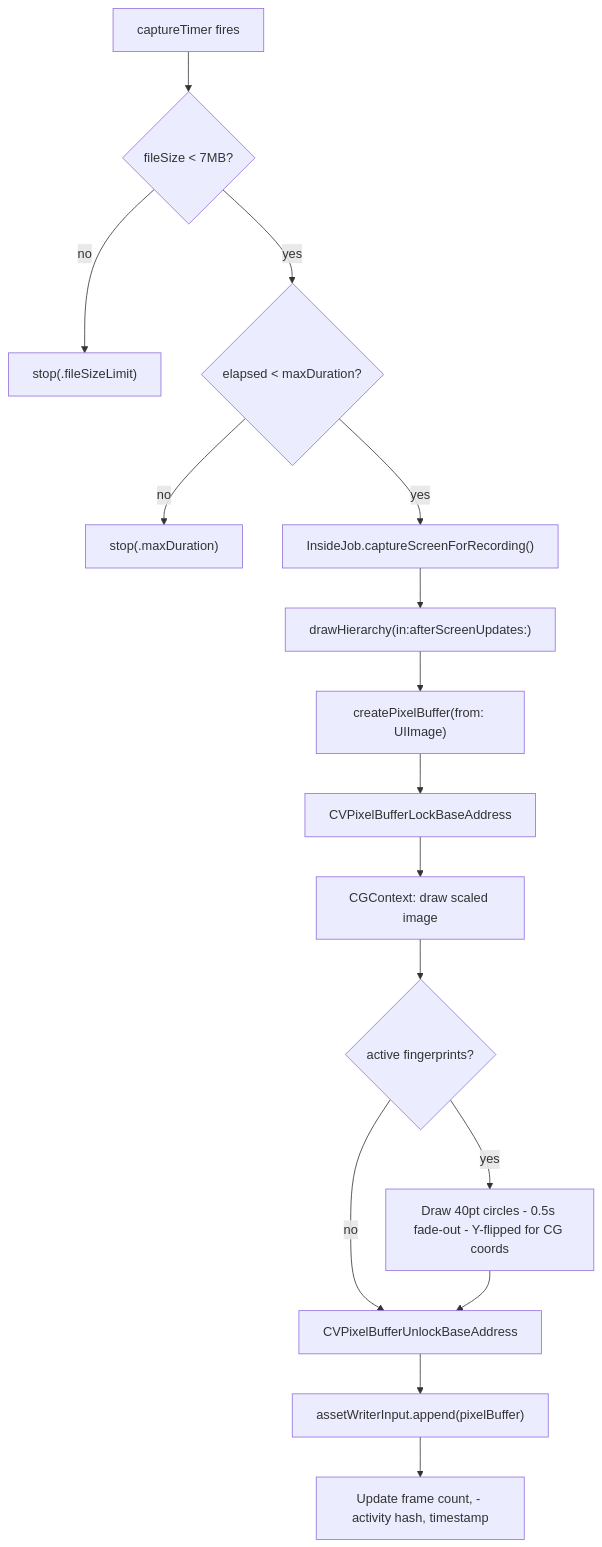
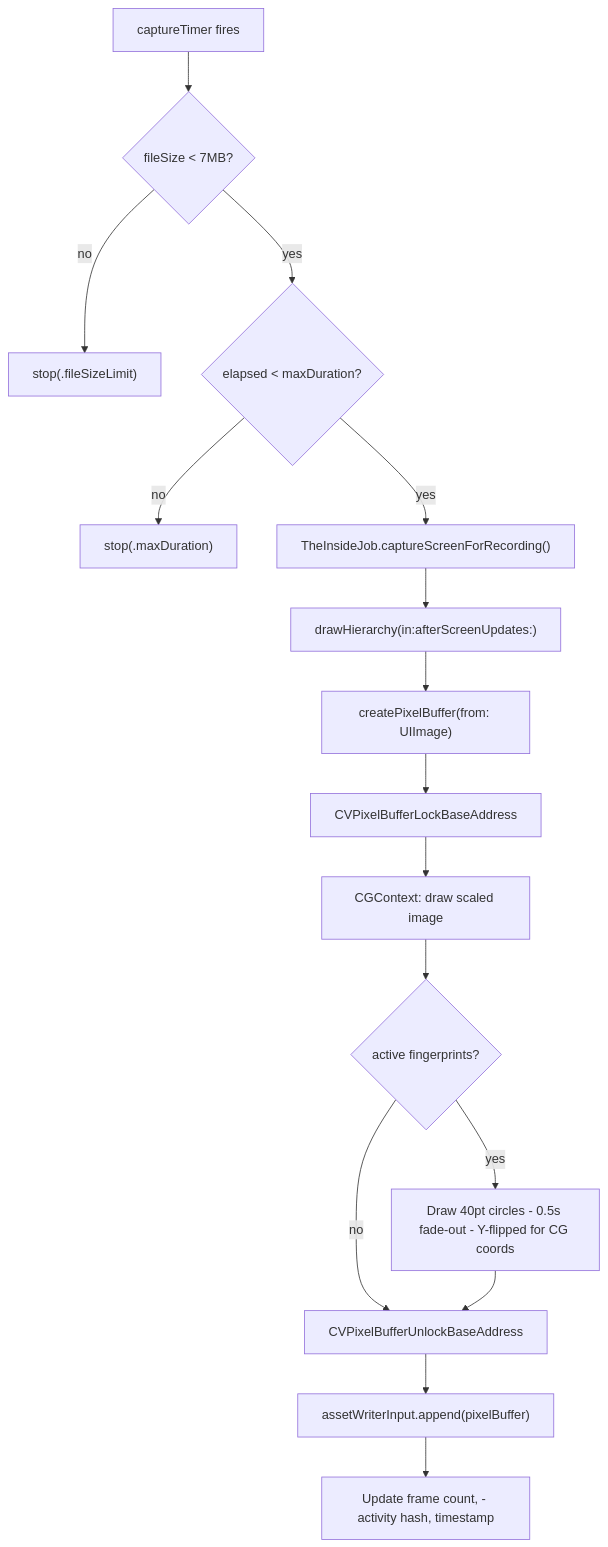
One commit to RoyalPineapple/TheButtonHeist changed the third of 4 diagrams in docs/dossiers/04-STAKEOUT.md. Above: the diagram before and after it, drawn with Mermaid. The commit also changed other lines of this file and 66 other files, not shown here.

Commit message:
Rename InsideJob to TheInsideJob (framework and class only)

````diff
--- a/docs/dossiers/04-STAKEOUT.md
+++ b/docs/dossiers/04-STAKEOUT.md
@@ -65,21 +65,21 @@
 ```mermaid
 flowchart TD
     Timer["captureTimer fires"] --> SizeGuard{"fileSize < 7MB?"}
     SizeGuard -->|no| StopSize["stop(.fileSizeLimit)"]
     SizeGuard -->|yes| DurGuard{"elapsed < maxDuration?"}
     DurGuard -->|no| StopDur["stop(.maxDuration)"]
-    DurGuard -->|yes| CaptureFrame["InsideJob.captureScreenForRecording()"]
+    DurGuard -->|yes| CaptureFrame["TheInsideJob.captureScreenForRecording()"]
 
     CaptureFrame --> DrawHierarchy["drawHierarchy(in:afterScreenUpdates:)"]
     DrawHierarchy --> CreatePB["createPixelBuffer(from: UIImage)"]
 
     CreatePB --> LockPB["CVPixelBufferLockBaseAddress"]
     LockPB --> DrawImage["CGContext: draw scaled image"]
     DrawImage --> DrawFP{"active fingerprints?"}
     DrawFP -->|yes| CompositeCircles["Draw 40pt circles - 0.5s fade-out - Y-flipped for CG coords"]
     DrawFP -->|no| UnlockPB["CVPixelBufferUnlockBaseAddress"]
     CompositeCircles --> UnlockPB
 
     UnlockPB --> AppendPB["assetWriterInput.append(pixelBuffer)"]
     AppendPB --> UpdateMeta["Update frame count, - activity hash, timestamp"]
 ```
````
